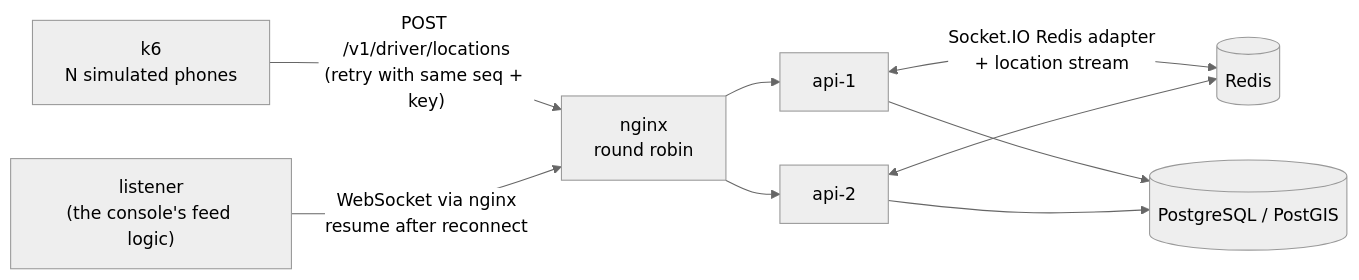
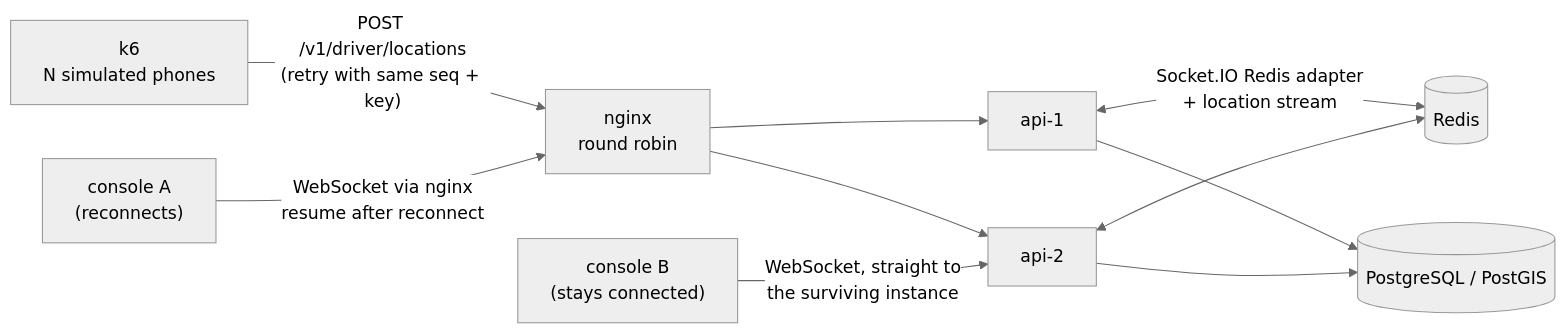
Before and after one commit to fasharif/dispatch: the diagram in docs/scale-test.md, drawn with Mermaid (neutral theme). The commit also changed other lines of this file and 4 other files, not shown here.

````diff
--- a/docs/scale-test.md
+++ b/docs/scale-test.md
@@ -8,11 +10,12 @@
 ```mermaid
 flowchart LR
   K6["k6<br/>N simulated phones"] -- "POST /v1/driver/locations<br/>(retry with same seq + key)" --> NGINX
   NGINX["nginx<br/>round robin"] --> API1["api-1"]
   NGINX --> API2["api-2"]
   API1 <-- "Socket.IO Redis adapter<br/>+ location stream" --> REDIS[("Redis")]
   API2 <--> REDIS
   API1 --> PG[("PostgreSQL / PostGIS")]
   API2 --> PG
-  LISTENER["listener<br/>(the console's feed logic)"] -- "WebSocket via nginx<br/>resume after reconnect" --> NGINX
+  A["console A<br/>(reconnects)"] -- "WebSocket via nginx<br/>resume after reconnect" --> NGINX
+  B["console B<br/>(stays connected)"] -- "WebSocket, straight to<br/>the surviving instance" --> API2
 ```
````
